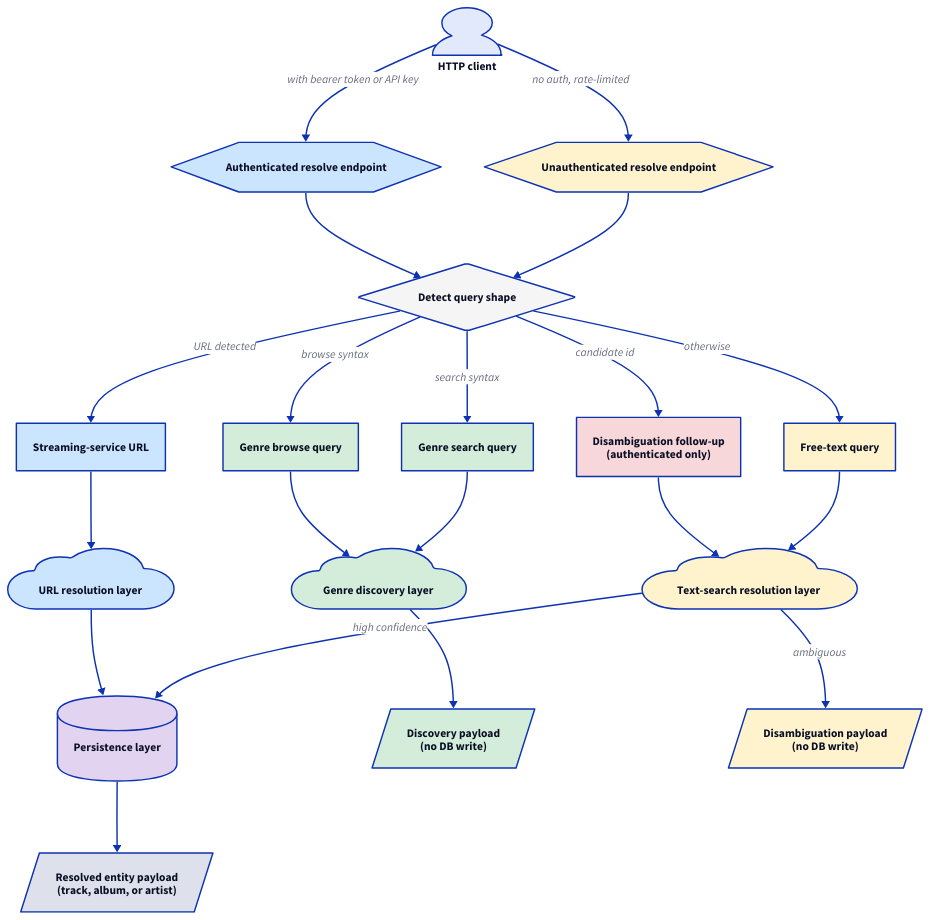
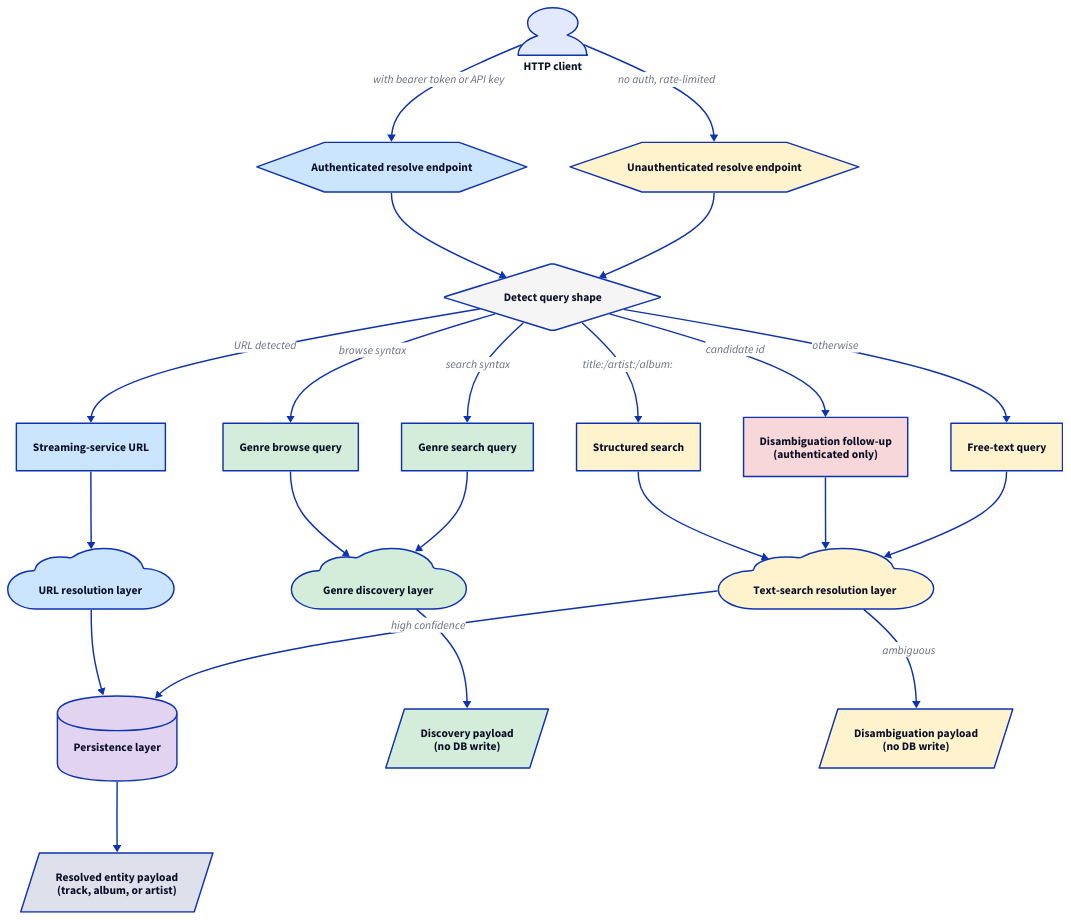
The diagram in docs/resolve-flow/en/diagrams/00-overview.d2 (phranck/musiccloud), drawn with D2 before and after one commit. The commit also changed 10 other files, not shown here.

First line of the commit message:
Docs: Add Structured Search chapter to bilingual resolver-flow doc

```diff
--- a/docs/resolve-flow/en/diagrams/00-overview.d2
+++ b/docs/resolve-flow/en/diagrams/00-overview.d2
@@ -1,101 +1,107 @@
 # Top-level dispatcher: which sub-flow handles the incoming query?
 
 direction: down
 
 client: "HTTP client" {
   shape: person
 }
 
 post: "Authenticated resolve endpoint" {
   shape: hexagon
   style.fill: "#cce5ff"
 }
 
 get: "Unauthenticated resolve endpoint" {
   shape: hexagon
   style.fill: "#fff3cd"
 }
 
 client -> post: "with bearer token or API key"
 client -> get: "no auth, rate-limited"
 
 dispatcher: "Detect query shape" {
   shape: diamond
   style.fill: "#f5f5f5"
 }
 
 post -> dispatcher
 get -> dispatcher
 
 genre_browse: "Genre browse query" {
   shape: rectangle
   style.fill: "#d4edda"
 }
 genre_search: "Genre search query" {
   shape: rectangle
   style.fill: "#d4edda"
 }
+structured_search: "Structured search" {
+  shape: rectangle
+  style.fill: "#fff3cd"
+}
 selected: "Disambiguation follow-up\n(authenticated only)" {
   shape: rectangle
   style.fill: "#f8d7da"
 }
 url_input: "Streaming-service URL" {
   shape: rectangle
   style.fill: "#cce5ff"
 }
 text_input: "Free-text query" {
   shape: rectangle
   style.fill: "#fff3cd"
 }
 
 dispatcher -> genre_browse: "browse syntax"
 dispatcher -> genre_search: "search syntax"
+dispatcher -> structured_search: "title:/artist:/album:"
 dispatcher -> selected: "candidate id"
 dispatcher -> url_input: "URL detected"
 dispatcher -> text_input: "otherwise"
 
 flow_genre: "Genre discovery layer" {
   shape: cloud
   style.fill: "#d4edda"
 }
 
 flow_url: "URL resolution layer" {
   shape: cloud
   style.fill: "#cce5ff"
 }
 
 flow_text: "Text-search resolution layer" {
   shape: cloud
   style.fill: "#fff3cd"
 }
 
 genre_browse -> flow_genre
 genre_search -> flow_genre
+structured_search -> flow_text
 selected -> flow_text
 url_input -> flow_url
 text_input -> flow_text
 
 persist: "Persistence layer" {
   shape: cylinder
   style.fill: "#e2d4f0"
 }
 
 response_track: "Resolved entity payload\n(track, album, or artist)" {
   shape: parallelogram
 }
 
 response_genre: "Discovery payload\n(no DB write)" {
   shape: parallelogram
   style.fill: "#d4edda"
 }
 
 response_disambig: "Disambiguation payload\n(no DB write)" {
   shape: parallelogram
   style.fill: "#fff3cd"
 }
 
 flow_url -> persist
 flow_text -> persist: "high confidence"
 flow_text -> response_disambig: "ambiguous"
 flow_genre -> response_genre
 persist -> response_track
```
